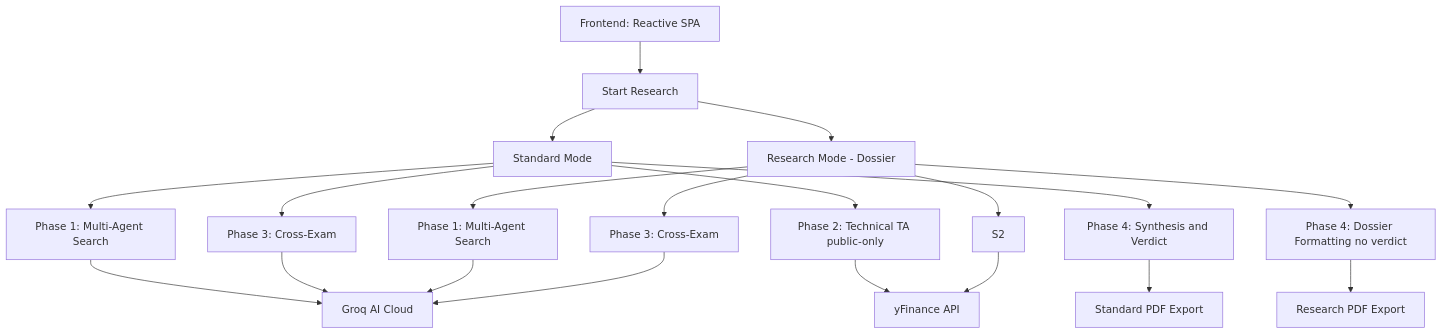
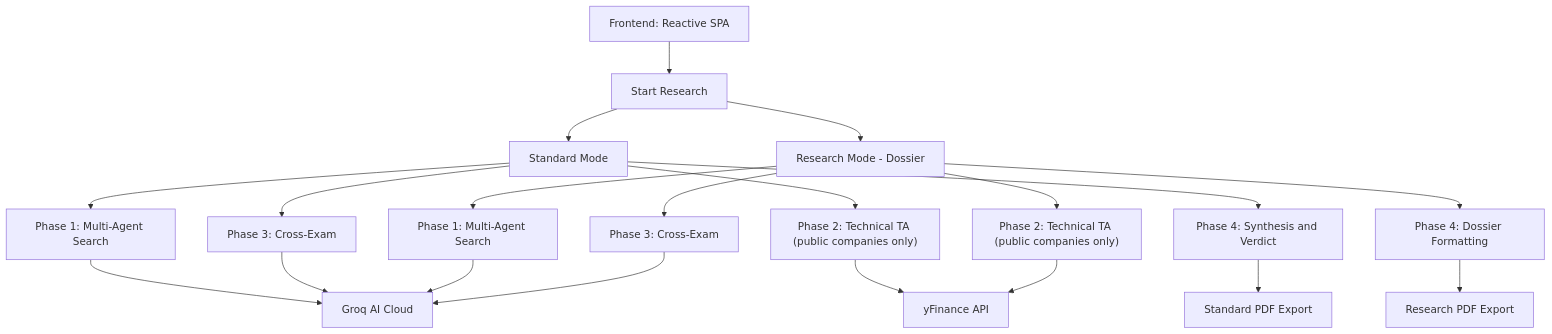
The diagram in README.md (aaravg772/AlphaSwarm), drawn with Mermaid before and after one commit.

Commit message:
Clarify phase descriptions in README

````diff
--- a/README.md
+++ b/README.md
@@ -45,24 +45,24 @@
 ```mermaid
 graph TD
     UI["Frontend: Reactive SPA"] --> SR["Start Research"]
     SR --> SM["Standard Mode"]
     SR --> RM["Research Mode - Dossier"]
 
     SM --> S1["Phase 1: Multi-Agent Search"]
     S1 --> GROQ["Groq AI Cloud"]
-    SM --> S2["Phase 2: Technical TA public-only"]
+    SM --> S2["Phase 2: Technical TA (public companies only)"]
     S2 --> YF["yFinance API"]
     SM --> S3["Phase 3: Cross-Exam"]
-    S3 --> GROQ["Groq AI Cloud"]
+    S3 --> GROQ
     SM --> S4["Phase 4: Synthesis and Verdict"]
     S4 --> SPDF["Standard PDF Export"]
 
     RM --> R1["Phase 1: Multi-Agent Search"]
     R1 --> GROQ
-    RM --> R2[S2]
+    RM --> R2["Phase 2: Technical TA (public companies only)"]
     R2 --> YF
     RM --> R3["Phase 3: Cross-Exam"]
-    R3 --> GROQ["Groq AI Cloud"]
-    RM --> R4["Phase 4: Dossier Formatting no verdict"]
+    R3 --> GROQ
+    RM --> R4["Phase 4: Dossier Formatting"]
     R4 --> RPDF["Research PDF Export"]
 ```
````
